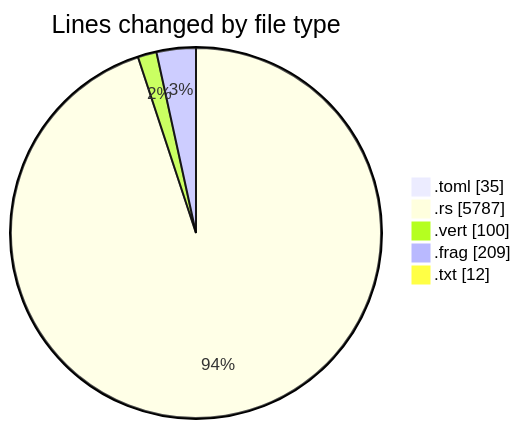
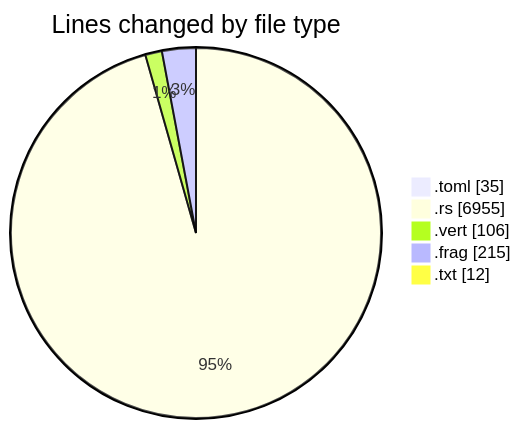
Before and after one commit to ernivani/code-tracking: the first of 2 diagrams in 2025-01-02/3drust/README.md, drawn with Mermaid. The commit also changed other lines of this file and 2 other files, not shown here.

````diff
--- a/2025-01-02/3drust/README.md
+++ b/2025-01-02/3drust/README.md
@@ -28,9 +30,9 @@
 ```mermaid
 pie showData
 title Lines changed by file type
 ".toml" : 35
-".rs" : 5787
-".vert" : 100
-".frag" : 209
+".rs" : 6955
+".vert" : 106
+".frag" : 215
 ".txt" : 12
 ```
````
